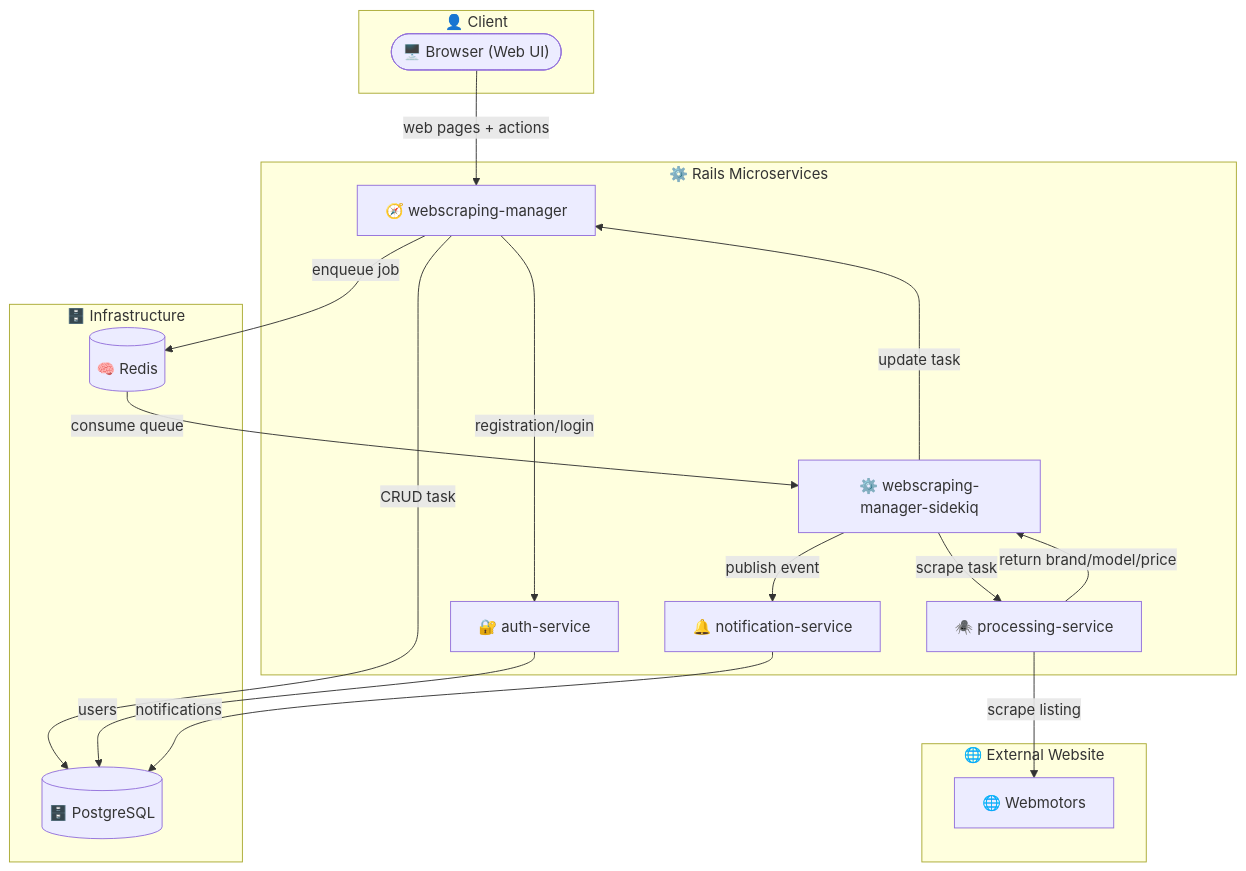
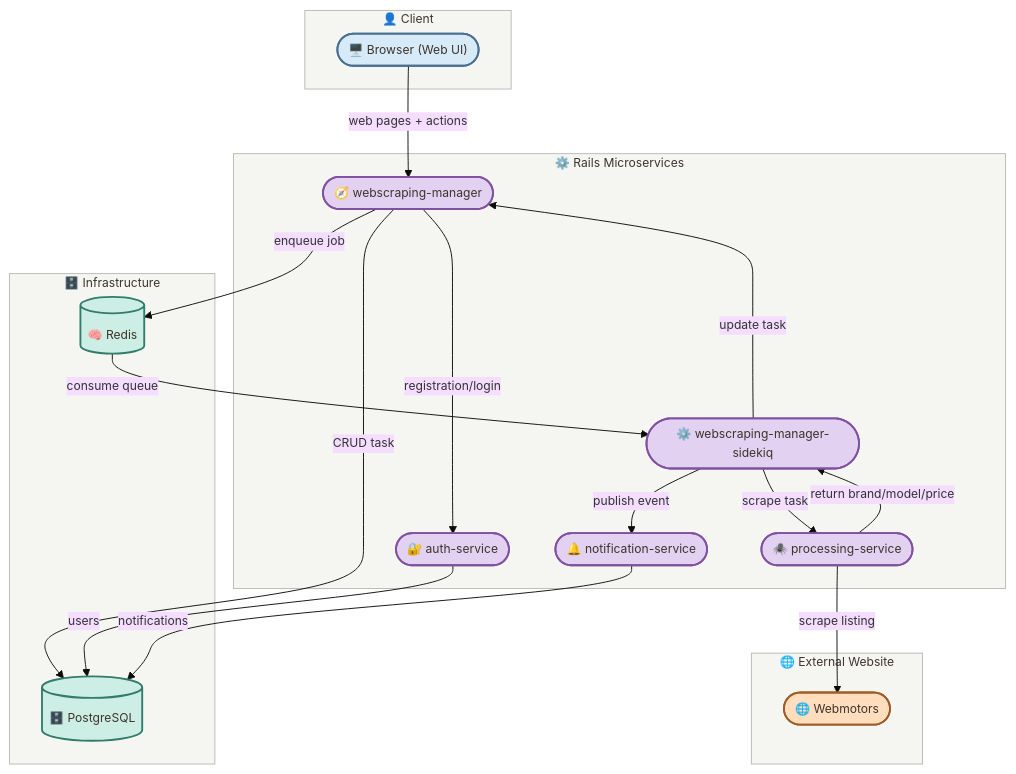
The first of 8 diagrams in README.md (enogrob/c2s-webscraping-rails), drawn with Mermaid before and after one commit. The commit also changed other lines of this file, not shown here.

Commit message:
update-readme

````diff
--- a/README.md
+++ b/README.md
@@ -9,36 +9,50 @@
 ```mermaid
+%%{init: {"theme": "base", "themeVariables": {"fontSize": "13px"}, "flowchart": {"wrappingWidth": 200, "minNodeWidth": 0}}}%%
 flowchart TD
 	subgraph ClientSide["👤 Client"]
 		CLI(["🖥️ Browser (Web UI)"])
 	end
 
 	subgraph CoreServices["⚙️ Rails Microservices"]
-		AUTH["🔐 auth-service"]
-		MANAGER["🧭 webscraping-manager"]
-		PROC["🕷️ processing-service"]
-		NOTIF["🔔 notification-service"]
-		SIDEKIQ["⚙️ webscraping-manager-sidekiq"]
+		AUTH(["🔐 auth-service"])
+		MANAGER(["🧭 webscraping-manager"])
+		PROC(["🕷️ processing-service"])
+		NOTIF(["🔔 notification-service"])
+		SIDEKIQ(["⚙️ webscraping-manager-sidekiq"])
 	end
 
 	subgraph Infra["🗄️ Infrastructure"]
 		PG[("🗄️ PostgreSQL")]
 		REDIS[("🧠 Redis")]
 	end
 
 	subgraph External["🌐 External Website"]
-		WEB["🌐 Webmotors"]
+		WEB(["🌐 Webmotors"])
 	end
 
 	CLI -->|"web pages + actions"| MANAGER
 	MANAGER -->|"registration/login"| AUTH
 	MANAGER -->|"CRUD task"| PG
 	MANAGER -->|"enqueue job"| REDIS
 	REDIS -->|"consume queue"| SIDEKIQ
 	SIDEKIQ -->|"scrape task"| PROC
 	PROC -->|"scrape listing"| WEB
 	PROC -->|"return brand/model/price"| SIDEKIQ
 	SIDEKIQ -->|"update task"| MANAGER
 	SIDEKIQ -->|"publish event"| NOTIF
 	AUTH -->|"users"| PG
 	NOTIF -->|"notifications"| PG
+
+	classDef client fill:#D6EAF8,stroke:#496F91,color:#3E342C,stroke-width:2px;
+	classDef service fill:#E3D1F2,stroke:#8050A1,color:#3E342C,stroke-width:2px;
+	classDef datastore fill:#CDEEE4,stroke:#317C6B,color:#3E342C,stroke-width:2px;
+	classDef external fill:#FFDDBD,stroke:#9D5D27,color:#3E342C,stroke-width:2px;
+	class CLI client;
+	class AUTH,MANAGER,PROC,NOTIF,SIDEKIQ service;
+	class PG,REDIS datastore;
+	class WEB external;
+	style ClientSide fill:#F5F5F2,stroke:#B8BAB4,color:#3E342C
+	style CoreServices fill:#F5F5F2,stroke:#B8BAB4,color:#3E342C
+	style Infra fill:#F5F5F2,stroke:#B8BAB4,color:#3E342C
+	style External fill:#F5F5F2,stroke:#B8BAB4,color:#3E342C
 ```
````
